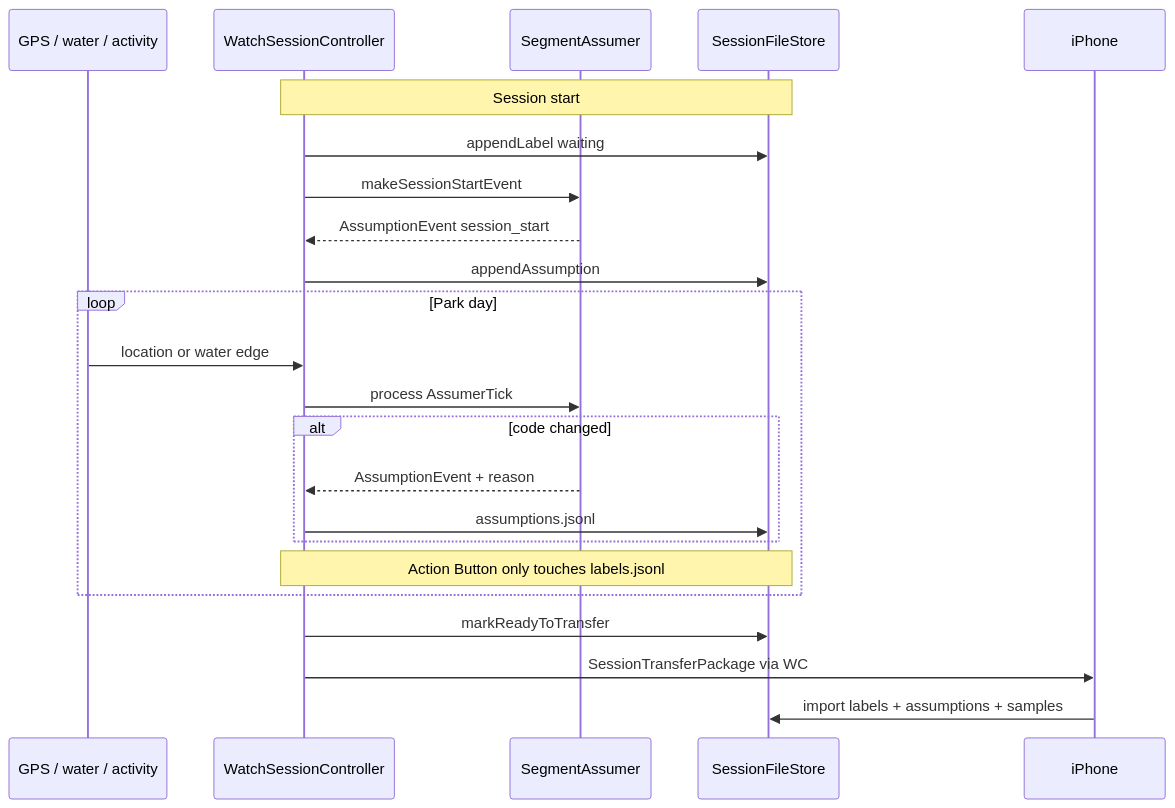
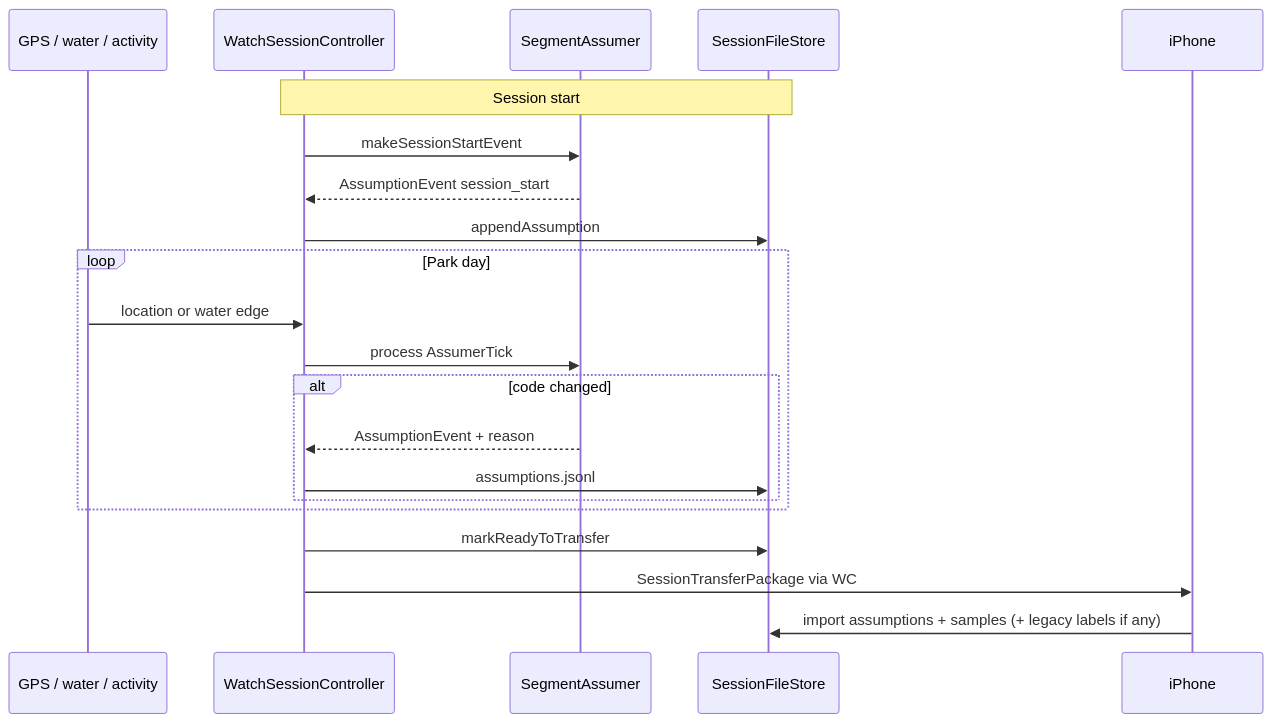
The second of 2 diagrams in Docs/DESIGN.md (DCSBL/rppl), drawn with Mermaid before and after one commit. The commit also changed other lines of this file and 21 other files, not shown here.

````diff
--- a/Docs/DESIGN.md
+++ b/Docs/DESIGN.md
@@ -50,28 +50,26 @@
 ```mermaid
 sequenceDiagram
   participant Sensor as GPS / water / activity
   participant WSC as WatchSessionController
   participant Assumer as SegmentAssumer
   participant Store as SessionFileStore
   participant Phone as iPhone
 
   Note over WSC,Store: Session start
-  WSC->>Store: appendLabel waiting
   WSC->>Assumer: makeSessionStartEvent
   Assumer-->>WSC: AssumptionEvent session_start
   WSC->>Store: appendAssumption
 
   loop Park day
     Sensor->>WSC: location or water edge
     WSC->>Assumer: process AssumerTick
     alt code changed
       Assumer-->>WSC: AssumptionEvent + reason
       WSC->>Store: assumptions.jsonl
     end
-    Note over WSC,Store: Action Button only touches labels.jsonl
   end
 
   WSC->>Store: markReadyToTransfer
   WSC->>Phone: SessionTransferPackage via WC
-  Phone->>Store: import labels + assumptions + samples
+  Phone->>Store: import assumptions + samples (+ legacy labels if any)
 ```
````
